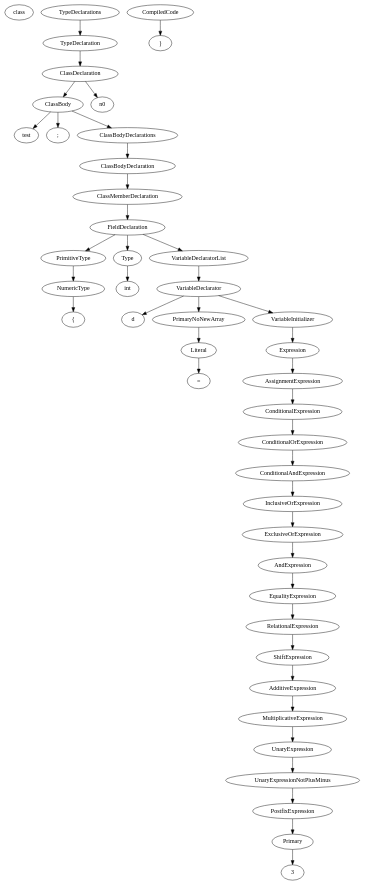
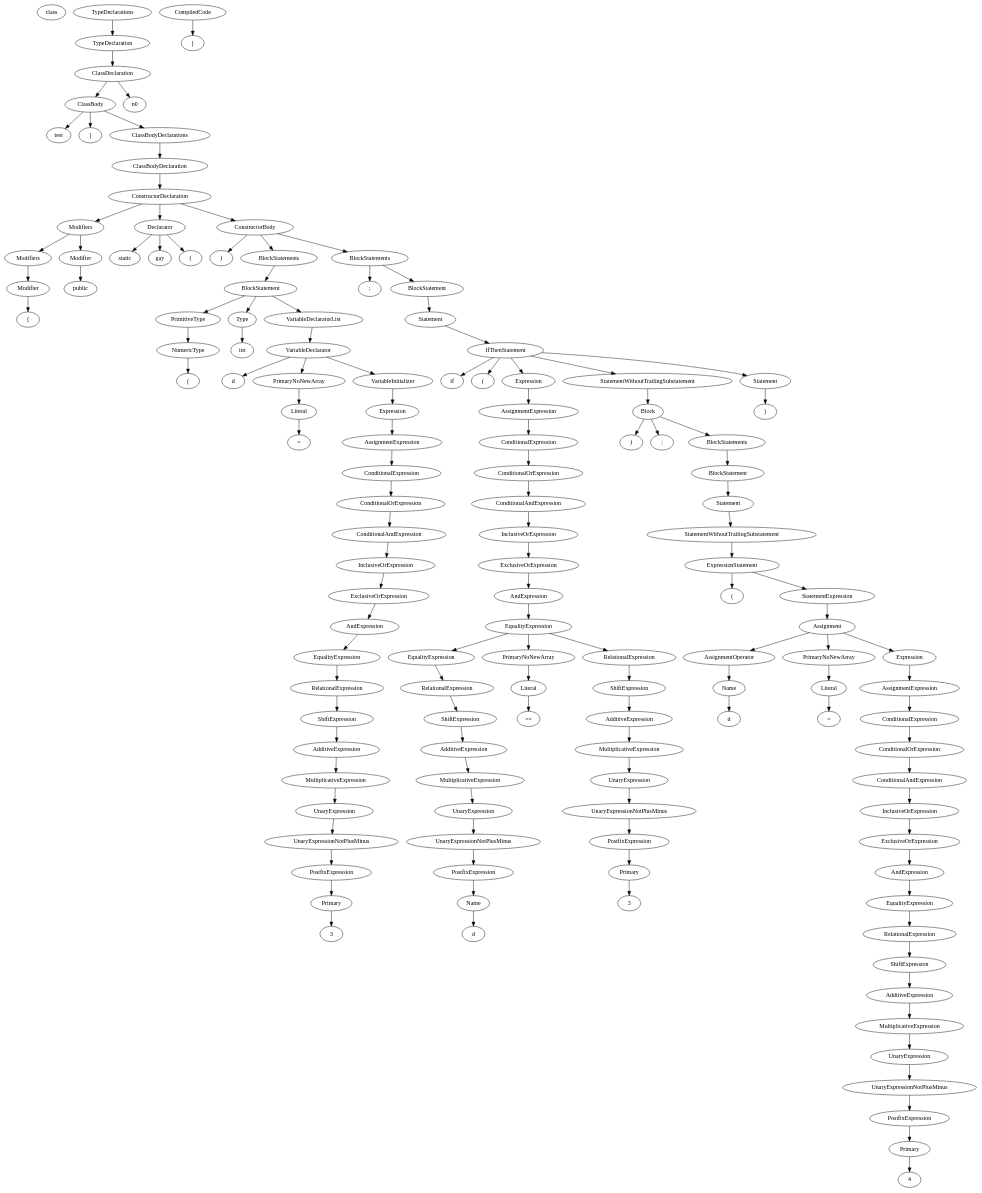
Before and after one commit to Samadeol/CS335-Project: the diagram in v2.0/ast.dot, drawn with Graphviz. The commit also changed 5 other files, not shown here.

```diff
--- a/v2.0/ast.dot
+++ b/v2.0/ast.dot
@@ -2,78 +2,237 @@
 t0[label="class"]
 t1[label="test"]
 t2[label="{"]
-t3[label="int"]
-n1[label="NumericType"]
+t3[label="public"]
+n1[label="Modifier"]
 n1->{t2}
-n2[label="PrimitiveType"]
+n2[label="Modifiers"]
 n2->{n1}
-t4[label="d"]
-n3[label="Type"]
+t4[label="static"]
+n3[label="Modifier"]
 n3->{t3}
-t5[label="="]
-t6[label="3"]
-n4[label="Literal"]
-n4->{t5}
-n5[label="PrimaryNoNewArray"]
-n5->{n4}
-t7[label=";"]
-n6[label="Primary"]
-n6->{t6}
-n7[label="PostfixExpression"]
+n4[label="Modifiers"]
+n4->{n2,n3}
+t5[label="gay"]
+t6[label="("]
+t7[label=")"]
+n5[label="Declarator"]
+n5->{t4,t5,t6}
+t8[label="{"]
+t9[label="int"]
+n6[label="NumericType"]
+n6->{t8}
+n7[label="PrimitiveType"]
 n7->{n6}
-n8[label="UnaryExpressionNotPlusMinus"]
-n8->{n7}
-n9[label="UnaryExpression"]
-n9->{n8}
-n10[label="MultiplicativeExpression"]
+t10[label="d"]
+n8[label="Type"]
+n8->{t9}
+t11[label="="]
+t12[label="3"]
+n9[label="Literal"]
+n9->{t11}
+n10[label="PrimaryNoNewArray"]
 n10->{n9}
-n11[label="AdditiveExpression"]
-n11->{n10}
-n12[label="ShiftExpression"]
+t13[label=";"]
+n11[label="Primary"]
+n11->{t12}
+n12[label="PostfixExpression"]
 n12->{n11}
-n13[label="RelationalExpression"]
+n13[label="UnaryExpressionNotPlusMinus"]
 n13->{n12}
-n14[label="EqualityExpression"]
+n14[label="UnaryExpression"]
 n14->{n13}
-n15[label="AndExpression"]
+n15[label="MultiplicativeExpression"]
 n15->{n14}
-n16[label="ExclusiveOrExpression"]
+n16[label="AdditiveExpression"]
 n16->{n15}
-n17[label="InclusiveOrExpression"]
+n17[label="ShiftExpression"]
 n17->{n16}
-n18[label="ConditionalAndExpression"]
+n18[label="RelationalExpression"]
 n18->{n17}
-n19[label="ConditionalOrExpression"]
+n19[label="EqualityExpression"]
 n19->{n18}
-n20[label="ConditionalExpression"]
+n20[label="AndExpression"]
 n20->{n19}
-n21[label="AssignmentExpression"]
+n21[label="ExclusiveOrExpression"]
 n21->{n20}
-n22[label="Expression"]
+n22[label="InclusiveOrExpression"]
 n22->{n21}
-n23[label="VariableInitializer"]
+n23[label="ConditionalAndExpression"]
 n23->{n22}
-n24[label="VariableDeclarator"]
-n24->{t4,n5,n23}
-n25[label="VariableDeclaratorList"]
+n24[label="ConditionalOrExpression"]
+n24->{n23}
+n25[label="ConditionalExpression"]
 n25->{n24}
-n26[label="FieldDeclaration"]
-n26->{n2,n3,n25}
-n27[label="ClassMemberDeclaration"]
+n26[label="AssignmentExpression"]
+n26->{n25}
+n27[label="Expression"]
 n27->{n26}
-n28[label="ClassBodyDeclaration"]
+n28[label="VariableInitializer"]
 n28->{n27}
-n29[label="ClassBodyDeclarations"]
-n29->{n28}
-t8[label="}"]
-n30[label="ClassBody"]
-n30->{t1,n29,t7}
-n31[label="ClassDeclaration"]
-n31->{n0,n0,n30}
-n32[label="TypeDeclaration"]
+n29[label="VariableDeclarator"]
+n29->{t10,n10,n28}
+n30[label="VariableDeclaratorList"]
+n30->{n29}
+n31[label="BlockStatement"]
+n31->{n7,n8,n30}
+n32[label="BlockStatements"]
 n32->{n31}
-n33[label="TypeDeclarations"]
-n33->{n32}
-n34[label="CompiledCode"]
-n34->{t8}
+t14[label="if"]
+t15[label="("]
+t16[label="d"]
+t17[label="=="]
+n33[label="Name"]
+n33->{t16}
+n34[label="PostfixExpression"]
+n34->{n33}
+n35[label="UnaryExpressionNotPlusMinus"]
+n35->{n34}
+n36[label="UnaryExpression"]
+n36->{n35}
+n37[label="MultiplicativeExpression"]
+n37->{n36}
+n38[label="AdditiveExpression"]
+n38->{n37}
+n39[label="ShiftExpression"]
+n39->{n38}
+n40[label="RelationalExpression"]
+n40->{n39}
+n41[label="EqualityExpression"]
+n41->{n40}
+t18[label="3"]
+n42[label="Literal"]
+n42->{t17}
+n43[label="PrimaryNoNewArray"]
+n43->{n42}
+t19[label=")"]
+n44[label="Primary"]
+n44->{t18}
+n45[label="PostfixExpression"]
+n45->{n44}
+n46[label="UnaryExpressionNotPlusMinus"]
+n46->{n45}
+n47[label="UnaryExpression"]
+n47->{n46}
+n48[label="MultiplicativeExpression"]
+n48->{n47}
+n49[label="AdditiveExpression"]
+n49->{n48}
+n50[label="ShiftExpression"]
+n50->{n49}
+n51[label="RelationalExpression"]
+n51->{n50}
+n52[label="EqualityExpression"]
+n52->{n41,n43,n51}
+n53[label="AndExpression"]
+n53->{n52}
+n54[label="ExclusiveOrExpression"]
+n54->{n53}
+n55[label="InclusiveOrExpression"]
+n55->{n54}
+n56[label="ConditionalAndExpression"]
+n56->{n55}
+n57[label="ConditionalOrExpression"]
+n57->{n56}
+n58[label="ConditionalExpression"]
+n58->{n57}
+n59[label="AssignmentExpression"]
+n59->{n58}
+n60[label="Expression"]
+n60->{n59}
+t20[label="{"]
+t21[label="d"]
+t22[label="="]
+n61[label="Name"]
+n61->{t21}
+n62[label="AssignmentOperator"]
+n62->{n61}
+t23[label="4"]
+n63[label="Literal"]
+n63->{t22}
+n64[label="PrimaryNoNewArray"]
+n64->{n63}
+t24[label=";"]
+n65[label="Primary"]
+n65->{t23}
+n66[label="PostfixExpression"]
+n66->{n65}
+n67[label="UnaryExpressionNotPlusMinus"]
+n67->{n66}
+n68[label="UnaryExpression"]
+n68->{n67}
+n69[label="MultiplicativeExpression"]
+n69->{n68}
+n70[label="AdditiveExpression"]
+n70->{n69}
+n71[label="ShiftExpression"]
+n71->{n70}
+n72[label="RelationalExpression"]
+n72->{n71}
+n73[label="EqualityExpression"]
+n73->{n72}
+n74[label="AndExpression"]
+n74->{n73}
+n75[label="ExclusiveOrExpression"]
+n75->{n74}
+n76[label="InclusiveOrExpression"]
+n76->{n75}
+n77[label="ConditionalAndExpression"]
+n77->{n76}
+n78[label="ConditionalOrExpression"]
+n78->{n77}
+n79[label="ConditionalExpression"]
+n79->{n78}
+n80[label="AssignmentExpression"]
+n80->{n79}
+n81[label="Expression"]
+n81->{n80}
+n82[label="Assignment"]
+n82->{n62,n64,n81}
+n83[label="StatementExpression"]
+n83->{n82}
+n84[label="ExpressionStatement"]
+n84->{t20,n83}
+n85[label="StatementWithoutTrailingSubstatement"]
+n85->{n84}
+n86[label="Statement"]
+n86->{n85}
+n87[label="BlockStatement"]
+n87->{n86}
+n88[label="BlockStatements"]
+n88->{n87}
+t25[label="}"]
+n89[label="Block"]
+n89->{t19,n88,t24}
+n90[label="StatementWithoutTrailingSubstatement"]
+n90->{n89}
+t26[label="}"]
+n91[label="Statement"]
+n91->{t25}
+n92[label="IfThenStatement"]
+n92->{t14,t15,n60,n90,n91}
+n93[label="Statement"]
+n93->{n92}
+n94[label="BlockStatement"]
+n94->{n93}
+n95[label="BlockStatements"]
+n95->{t13,n94}
+n96[label="ConstructorBody"]
+n96->{t7,n32,n95}
+n97[label="ConstructorDeclaration"]
+n97->{n4,n5,n96}
+n98[label="ClassBodyDeclaration"]
+n98->{n97}
+n99[label="ClassBodyDeclarations"]
+n99->{n98}
+t27[label="}"]
+n100[label="ClassBody"]
+n100->{t1,n99,t26}
+n101[label="ClassDeclaration"]
+n101->{n0,n0,n100}
+n102[label="TypeDeclaration"]
+n102->{n101}
+n103[label="TypeDeclarations"]
+n103->{n102}
+n104[label="CompiledCode"]
+n104->{t27}
 }
```
